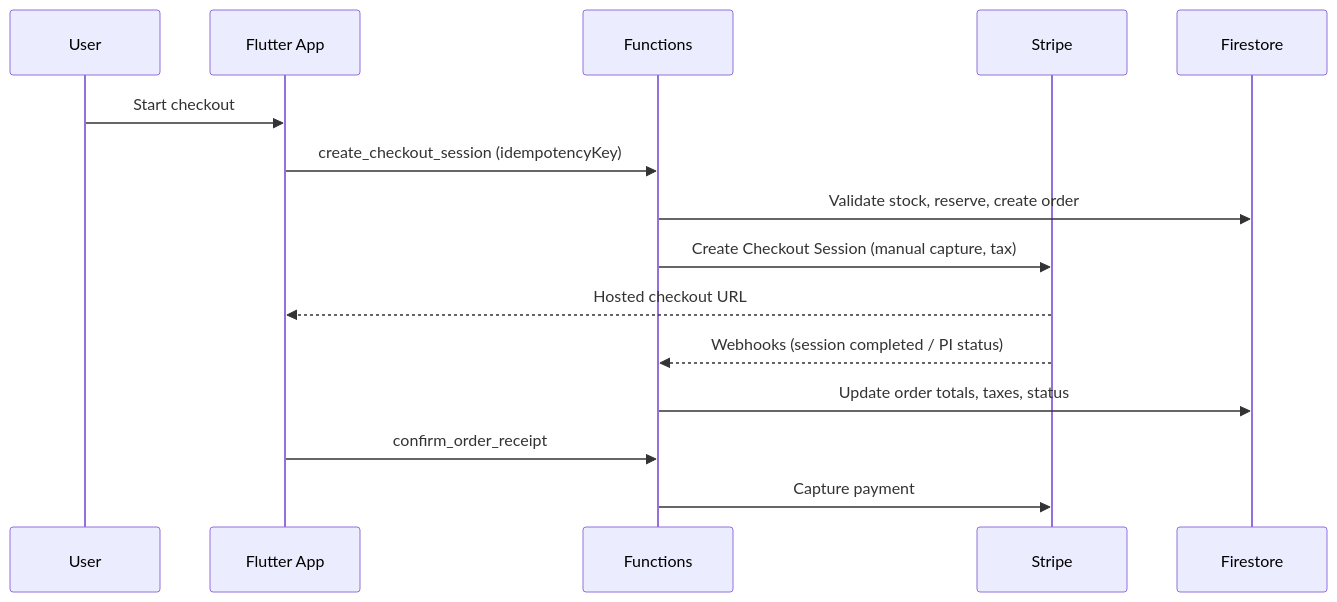
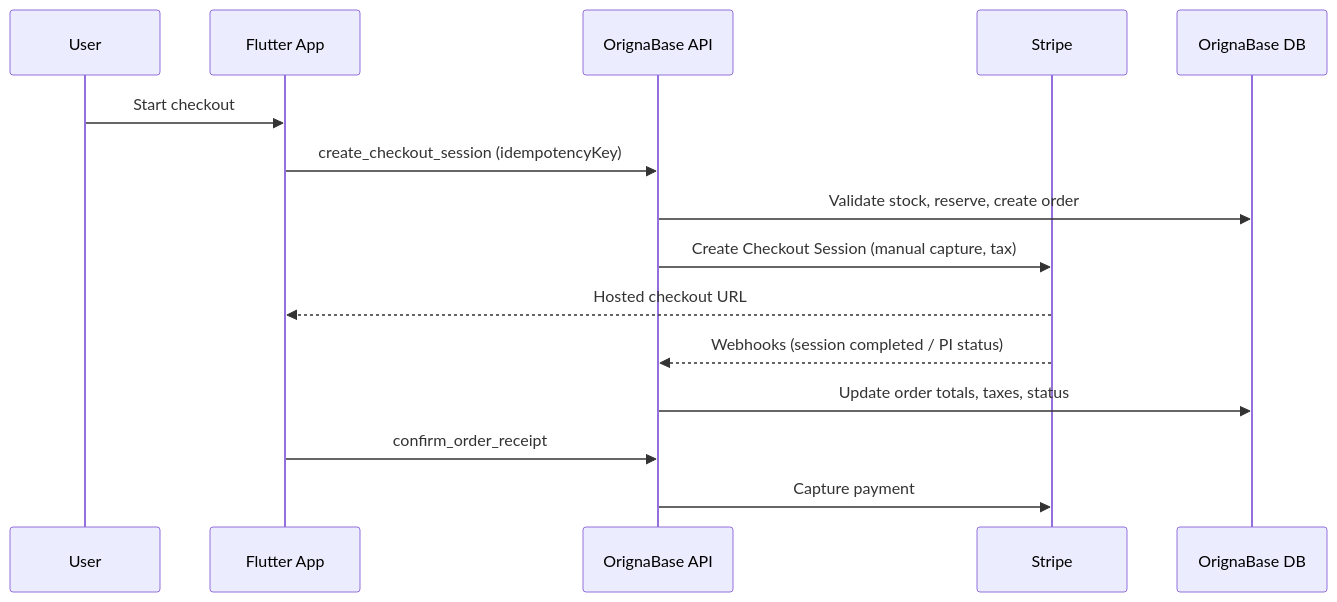
Before and after one commit to yunior123/origna_gta: the diagram in README.md, drawn with Mermaid. The commit also changed other lines of this file and 578 other files, not shown here.

````diff
--- a/README.md
+++ b/README.md
@@ -53,18 +54,18 @@
 ```mermaid
 sequenceDiagram
   participant U as User
   participant App as Flutter App
-  participant Fn as Functions
+  participant API as OrignaBase API
   participant Stripe as Stripe
-  participant DB as Firestore
+  participant DB as OrignaBase DB
 
   U->>App: Start checkout
-  App->>Fn: create_checkout_session (idempotencyKey)
-  Fn->>DB: Validate stock, reserve, create order
-  Fn->>Stripe: Create Checkout Session (manual capture, tax)
+  App->>API: create_checkout_session (idempotencyKey)
+  API->>DB: Validate stock, reserve, create order
+  API->>Stripe: Create Checkout Session (manual capture, tax)
   Stripe-->>App: Hosted checkout URL
-  Stripe-->>Fn: Webhooks (session completed / PI status)
-  Fn->>DB: Update order totals, taxes, status
-  App->>Fn: confirm_order_receipt
-  Fn->>Stripe: Capture payment
+  Stripe-->>API: Webhooks (session completed / PI status)
+  API->>DB: Update order totals, taxes, status
+  App->>API: confirm_order_receipt
+  API->>Stripe: Capture payment
 ```
````
